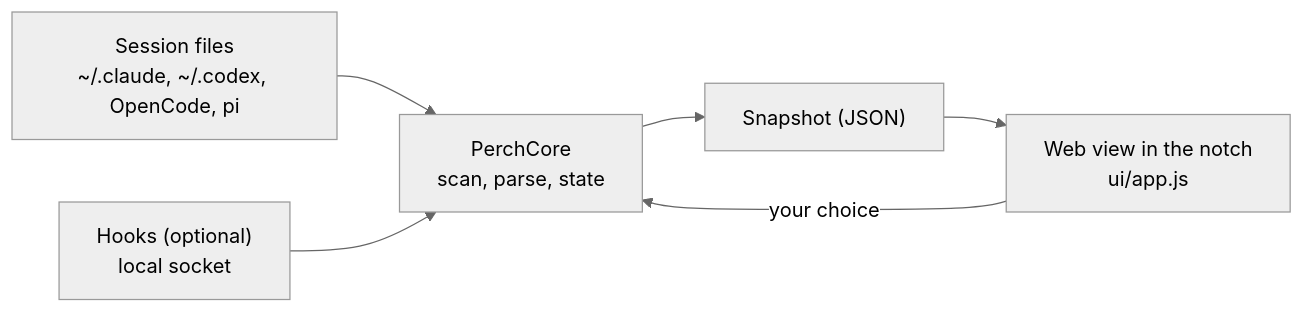
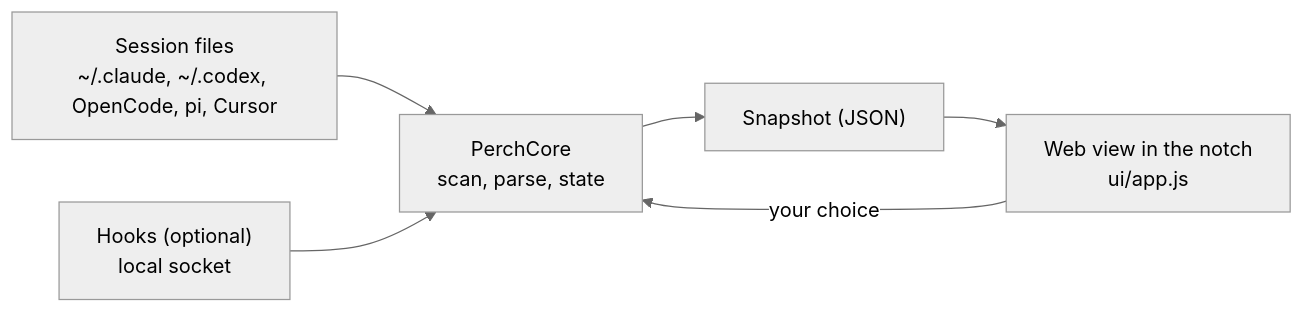
One commit to asafofer/perch changed the diagram in README.md. Above: the diagram before and after it, drawn with Mermaid (neutral theme). The commit also changed other lines of this file and 6 other files, not shown here.

````diff
--- a/README.md
+++ b/README.md
@@ -113,8 +113,8 @@
 ```mermaid
 flowchart LR
-  A["Session files<br>~/.claude, ~/.codex, OpenCode, pi"] --> C["PerchCore<br>scan, parse, state"]
+  A["Session files<br>~/.claude, ~/.codex, OpenCode, pi, Cursor"] --> C["PerchCore<br>scan, parse, state"]
   B["Hooks (optional)<br>local socket"] --> C
   C --> D["Snapshot (JSON)"]
   D --> E["Web view in the notch<br>ui/app.js"]
   E -- "your choice" --> C
 ```
````
